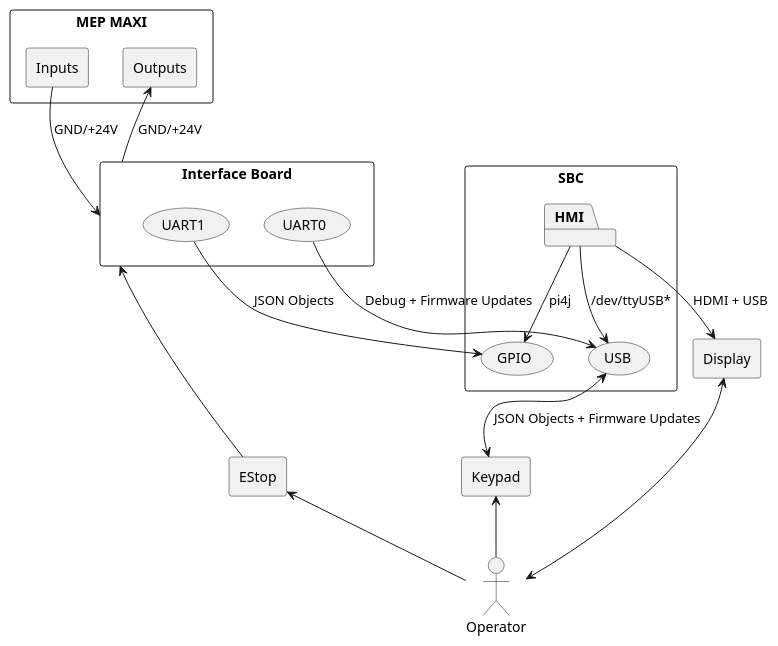
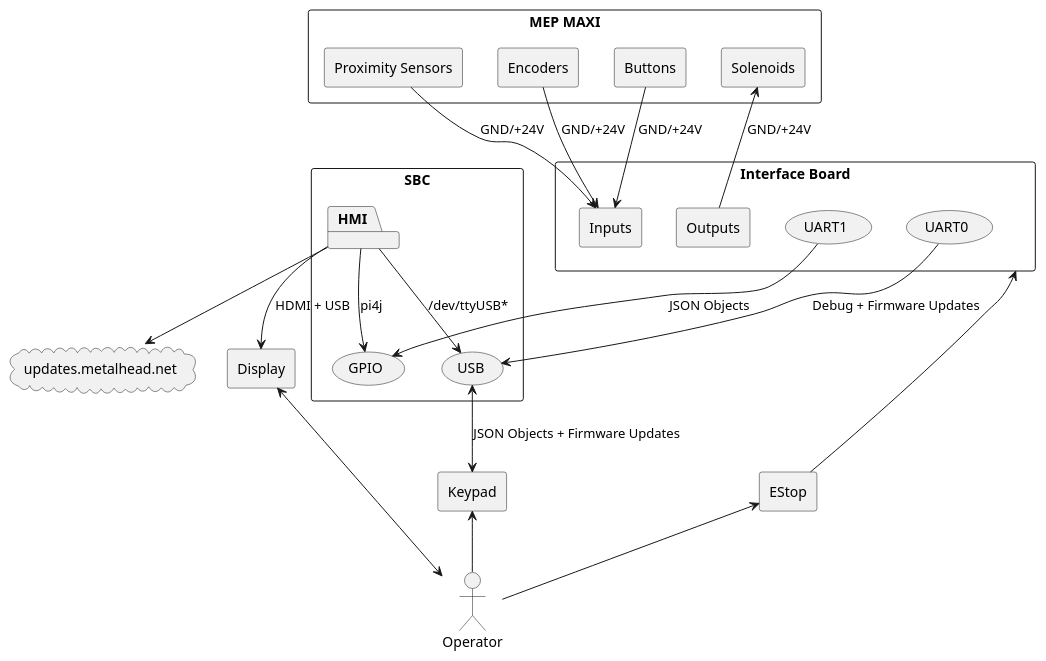
One commit to JGilcreast/MetalHead changed the diagram in docs/assets/block-diagram.puml. Above: the diagram before and after it, drawn with PlantUML. The commit also changed 1 other file, not shown here.

Commit message:
Updated block diagram
Updated block diagram to make a little more sense.

```diff
--- a/docs/assets/block-diagram.puml
+++ b/docs/assets/block-diagram.puml
@@ -1,93 +1,109 @@
 @startuml
+
+left to right direction
+top to bottom direction
 
 'rectangle I/O{
 '    package Outputs{
 '        json Solenoids{
 '            "SOL_SHEAR_CUT": [],
 '            "SOL_SHEER_HOME": [],
 '            "SOL_TOOL_OUT": [],
 '            "SOL_TOOL_IN": [],
 '            "SOL_FEED_FORWARD": [],
 '            "SOL_FEED_REVERSE": [],
 '            "SOL_HEAD_CW": [],
 '            "SOL_HEAD_CCW": [],
 '            "SOL_HEAD_CCW": [],
 '            "SOL_HEAD_OUT": [],
 '            "SOL_HEAD_IN": []
 '        }
 '    }
 '
 '    package Inputs{
 '        json Buttons{
 '            "AUTO_BUTTON": [],
 '            "SHEAR_BUTTON": []
 '        }
 '        json Encoders{
 '            "ENCODER_FEED_SET": [],
 '            "ENCODER_FEED_RESET": [],
 '            "ENCODER_BEND_SET": [],
 '            "ENCODER_BEND_RESET": []
 '        }
 '        json Proximity{
 '            "PROXIMITY_HEAD_OUT": [],
 '            "PROXIMITY_HEAD_IN": [],
 '            "PROXIMITY_SHEAR_HOME": [],
 '            "PROXIMITY_SHEAR_CUT": [],
 '            "PROXIMITY_TOOL_IN": [],
 '            "PROXIMITY_TOOL_OUT": [],
 '            "PROXIMITY_HEAD_LIM": [],
 '            "PROXIMITY_HEAD_CW": [],
 '            "PROXIMITY_HEAD_CCW": []
 '        }
 '    }
 '    json Power{
 '        "GND": [],
 '        "+24V": []
 '    }
 '}
 
 rectangle "MEP MAXI"{
-    rectangle Inputs{
+    rectangle Buttons{
     }
-
-    rectangle Outputs{
+    rectangle Encoders{
+    }
+    rectangle "Proximity Sensors"{
+    }
+    rectangle Solenoids{
     }
 }
 
 rectangle "Interface Board"{
+    rectangle Inputs{
+    }
+    rectangle Outputs{
+    }
     usecase UART0
     usecase UART1
 }
 
 rectangle "SBC"{
     usecase GPIO
     package "HMI"{
     }
     usecase USB
 }
 
 rectangle Keypad{
 }
 
 rectangle Display{
 }
 
 rectangle EStop{
 }
 
+cloud updates.metalhead.net{
+}
+
 actor Operator
 
-Outputs <-- [Interface Board]: GND/+24V
-Inputs --> [Interface Board]: GND/+24V
+Solenoids <-- Outputs: GND/+24V
+Encoders --> Inputs: GND/+24V
+Buttons --> Inputs: GND/+24V
+Inputs <-- "Proximity Sensors": GND/+24V
 [UART1] --> [GPIO]: JSON Objects
 [UART0] --> [USB]: Debug + Firmware Updates
 [USB] <--> Keypad: JSON Objects + Firmware Updates
 [HMI] --> [USB]: /dev/ttyUSB*
 [HMI] --> [GPIO]: pi4j
 [HMI] --> Display: HDMI + USB
+"HMI" --> updates.metalhead.net
 [Interface Board] <-- EStop
 Display <--> Operator
 Keypad <-- Operator
 EStop <-- Operator
 
 @enduml
```
